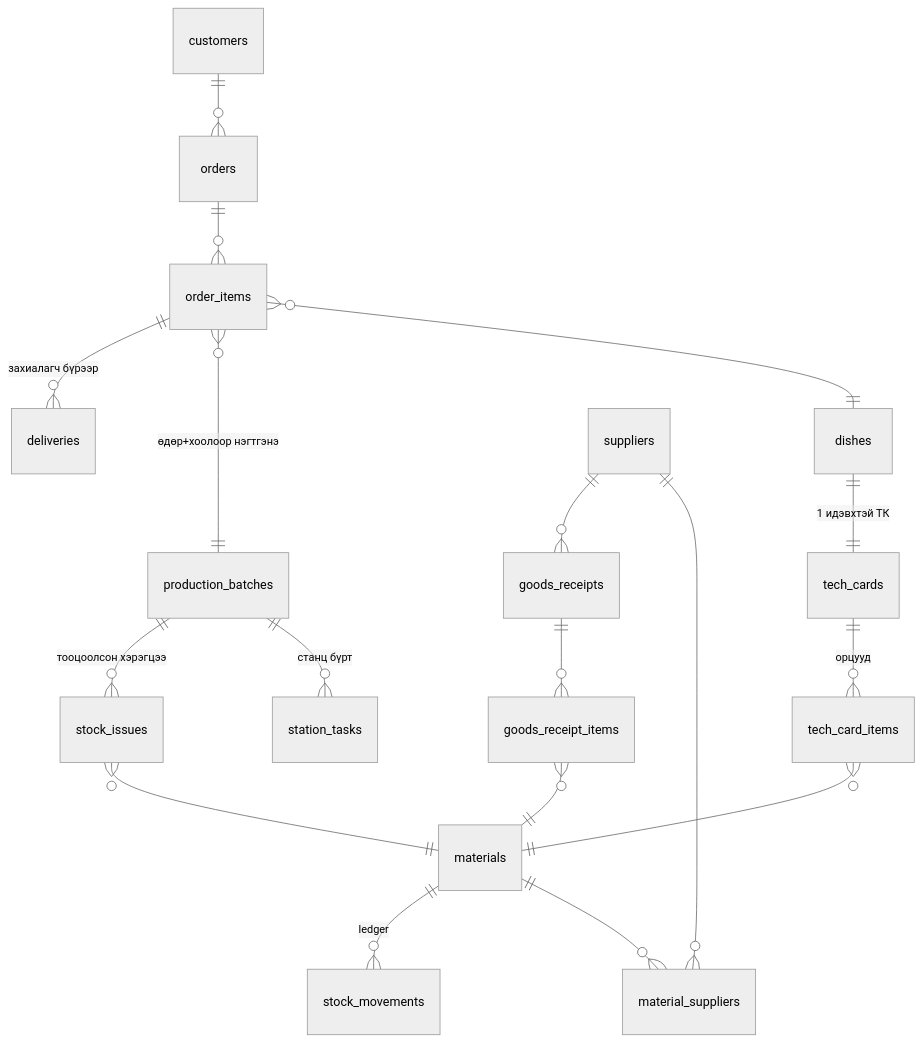
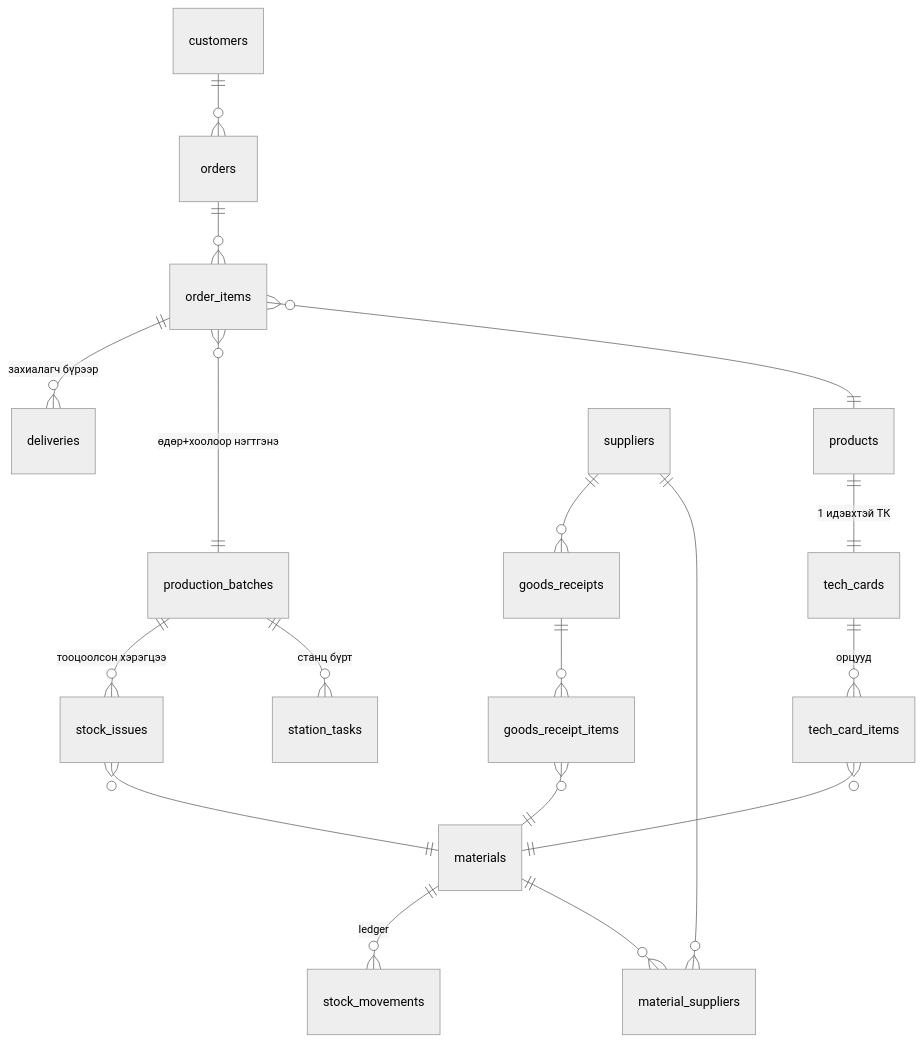
One commit to Bldrj/food-flow changed the second of 2 diagrams in docs/system-design.md. Above: the diagram before and after it, drawn with Mermaid (neutral theme). The commit also changed other lines of this file and 9 other files, not shown here.

````diff
--- a/docs/system-design.md
+++ b/docs/system-design.md
@@ -163,20 +163,20 @@
 ```mermaid
 erDiagram
     customers ||--o{ orders : ""
     orders ||--o{ order_items : ""
-    order_items }o--|| dishes : ""
+    order_items }o--|| products : ""
     order_items }o--|| production_batches : "өдөр+хоолоор нэгтгэнэ"
     order_items ||--o{ deliveries : "захиалагч бүрээр"
     production_batches ||--o{ station_tasks : "станц бүрт"
-    dishes ||--|| tech_cards : "1 идэвхтэй ТК"
+    products ||--|| tech_cards : "1 идэвхтэй ТК"
     tech_cards ||--o{ tech_card_items : "орцууд"
     tech_card_items }o--|| materials : ""
     suppliers ||--o{ material_suppliers : ""
     materials ||--o{ material_suppliers : ""
     suppliers ||--o{ goods_receipts : ""
     goods_receipts ||--o{ goods_receipt_items : ""
     goods_receipt_items }o--|| materials : ""
     production_batches ||--o{ stock_issues : "тооцоолсон хэрэгцээ"
     stock_issues }o--|| materials : ""
     materials ||--o{ stock_movements : "ledger"
 ```
````
